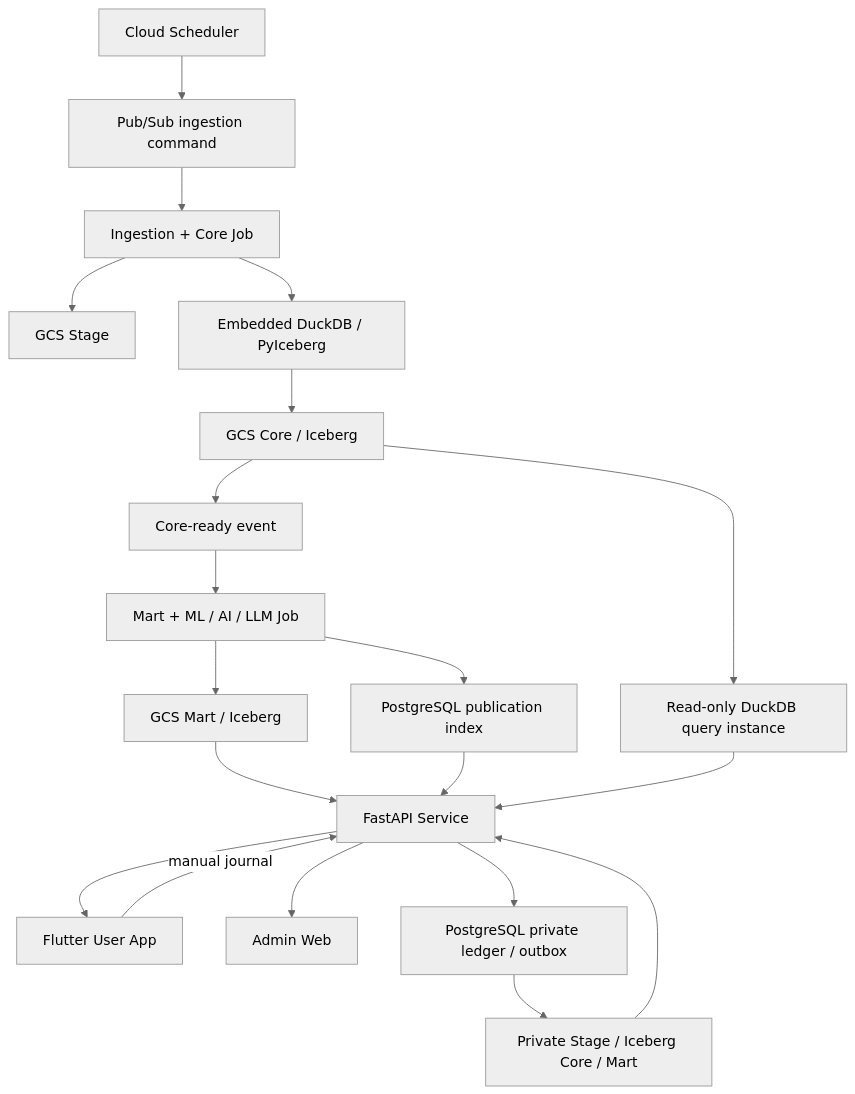
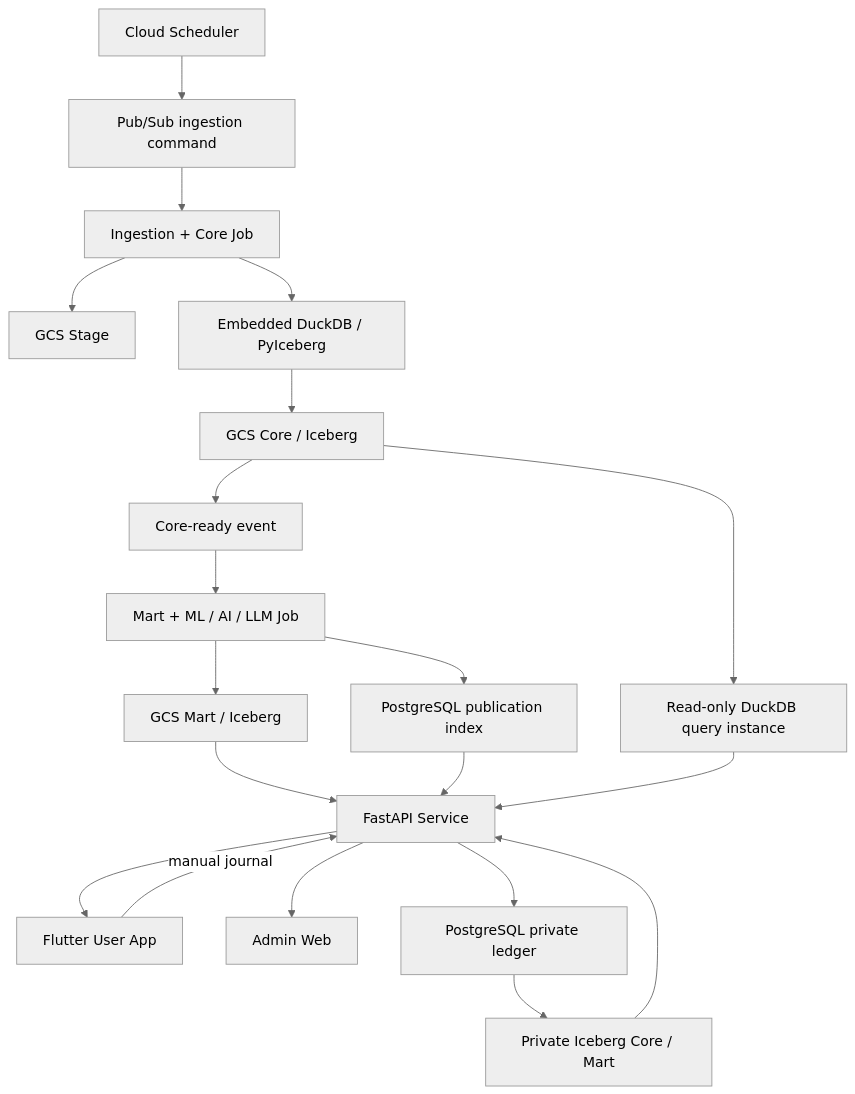
Before and after one commit to tommylin15/janus-omniforge: the diagram in doc/spec.md, drawn with Mermaid (neutral theme). The commit also changed other lines of this file and 13 other files, not shown here.

````diff
--- a/doc/spec.md
+++ b/doc/spec.md
@@ -71,22 +78,22 @@
 ```mermaid
 flowchart TD
     A["Cloud Scheduler"] --> B["Pub/Sub ingestion command"]
     B --> C["Ingestion + Core Job"]
     C --> D["GCS Stage"]
     C --> E["Embedded DuckDB / PyIceberg"]
     E --> F["GCS Core / Iceberg"]
     F --> G["Core-ready event"]
     G --> H["Mart + ML / AI / LLM Job"]
     H --> I["GCS Mart / Iceberg"]
     H --> J["PostgreSQL publication index"]
     I --> K["FastAPI Service"]
     J --> K
     K --> M["Flutter User App"]
     K --> N["Admin Web"]
     M -->|"manual journal"| K
-    K --> O["PostgreSQL private ledger / outbox"]
-    O --> P["Private Stage / Iceberg Core / Mart"]
+    K --> O["PostgreSQL private ledger"]
+    O --> P["Private Iceberg Core / Mart"]
     P --> K
     F --> L["Read-only DuckDB query instance"]
     L --> K
 ```
````
